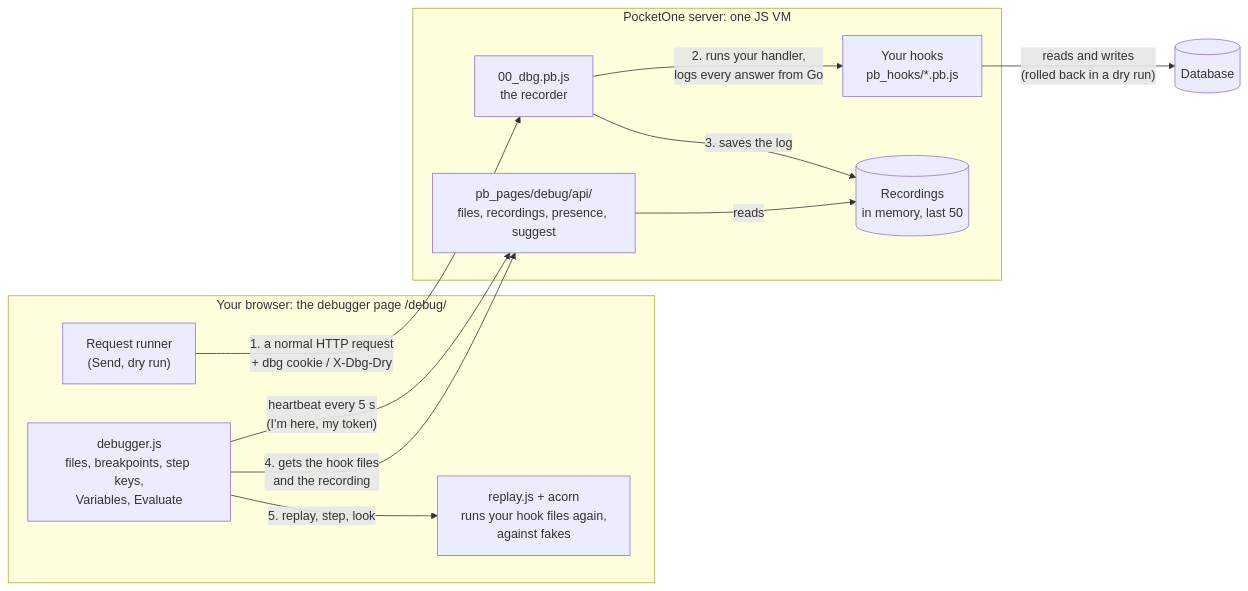
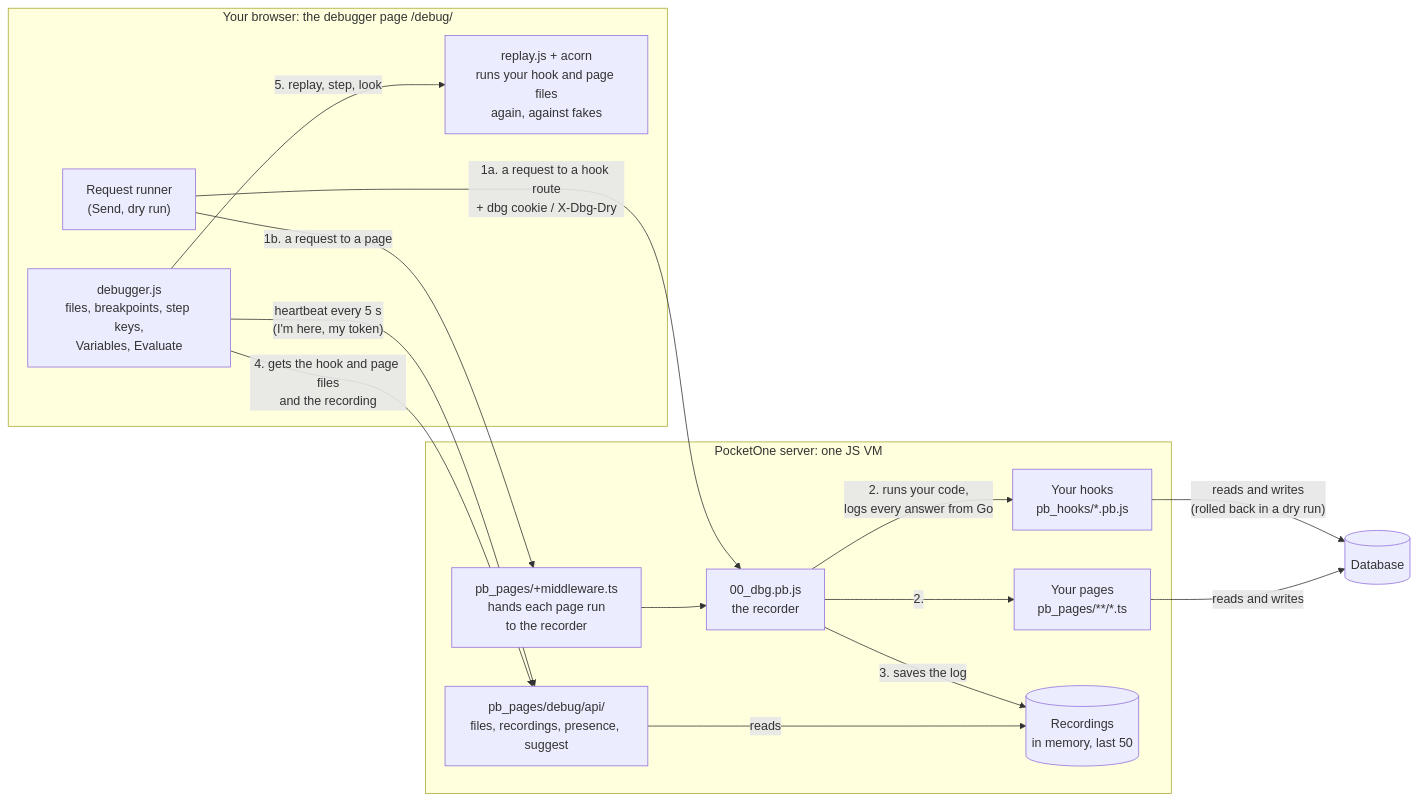
Before and after one commit to octavonu/pocketone-hooks-debugger: the first of 2 diagrams in README.md, drawn with Mermaid. The commit also changed other lines of this file and 17 other files, not shown here.

First line of the commit message:
Debug pb_pages: breakpoints in page .ts code, like in hooks

````diff
--- a/README.md
+++ b/README.md
@@ -27,26 +29,32 @@
 ```mermaid
 flowchart LR
   subgraph B["Your browser: the debugger page /debug/"]
     UI["debugger.js<br/>files, breakpoints, step keys,<br/>Variables, Evaluate"]
     RUN["Request runner<br/>(Send, dry run)"]
-    RP["replay.js + acorn<br/>runs your hook files again,<br/>against fakes"]
+    RP["replay.js + acorn<br/>runs your hook and page files<br/>again, against fakes"]
   end
 
   subgraph S["PocketOne server: one JS VM"]
     REC["00_dbg.pb.js<br/>the recorder"]
+    MW["pb_pages/+middleware.ts<br/>hands each page run<br/>to the recorder"]
     H["Your hooks<br/>pb_hooks/*.pb.js"]
+    P["Your pages<br/>pb_pages/**/*.ts"]
     MEM[("Recordings<br/>in memory, last 50")]
     API["pb_pages/debug/api/<br/>files, recordings, presence, suggest"]
   end
 
   DB[("Database")]
 
   UI -- "heartbeat every 5 s<br/>(I'm here, my token)" --> API
-  RUN -- "1. a normal HTTP request<br/>+ dbg cookie / X-Dbg-Dry" --> REC
-  REC -- "2. runs your handler,<br/>logs every answer from Go" --> H
+  RUN -- "1a. a request to a hook route<br/>+ dbg cookie / X-Dbg-Dry" --> REC
+  RUN -- "1b. a request to a page" --> MW
+  MW --> REC
+  REC -- "2. runs your code,<br/>logs every answer from Go" --> H
+  REC -- "2." --> P
   H -- "reads and writes<br/>(rolled back in a dry run)" --> DB
+  P -- "reads and writes" --> DB
   REC -- "3. saves the log" --> MEM
   API -- "reads" --> MEM
-  UI -- "4. gets the hook files<br/>and the recording" --> API
+  UI -- "4. gets the hook and page files<br/>and the recording" --> API
   UI -- "5. replay, step, look" --> RP
 ```
````
